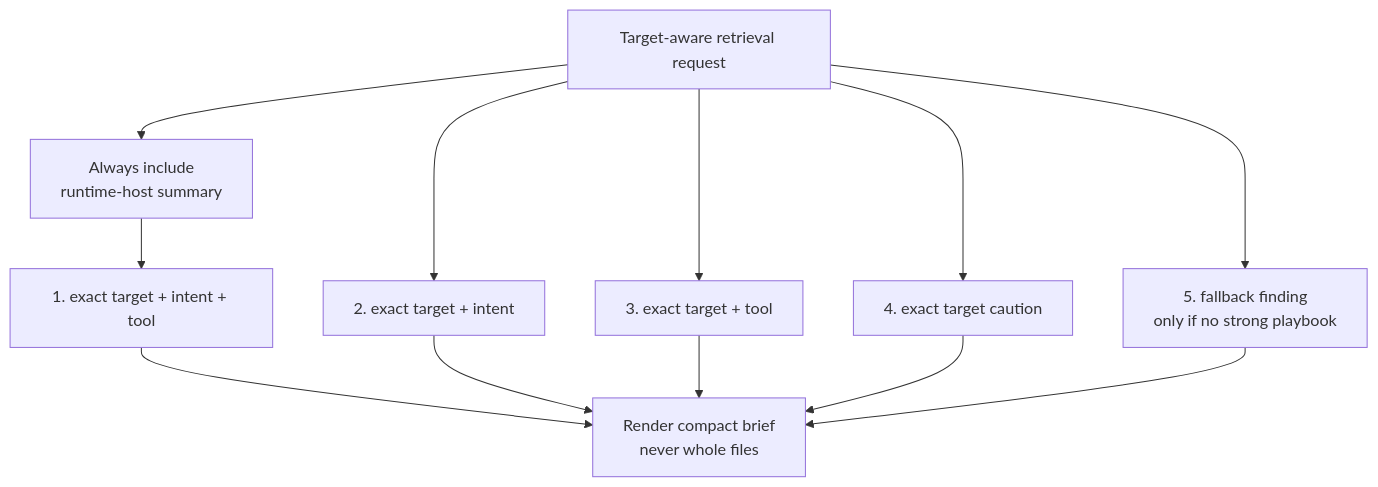
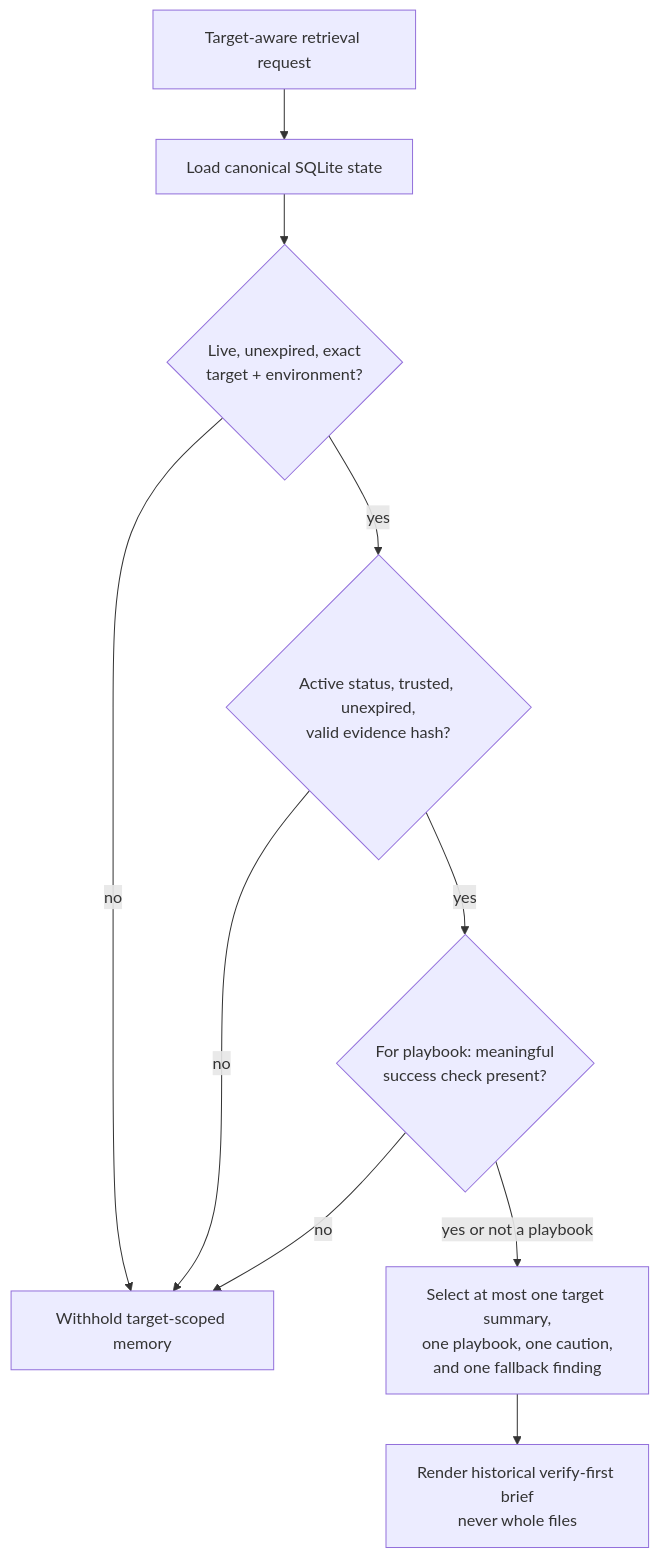
Before and after one commit to Glebenator/CvkeHarness: the sixth of 8 diagrams in docs/project-visual-guide.md, drawn with Mermaid. The commit also changed other lines of this file and 4 other files, not shown here.

Commit message:
Document canonical operational memory

````diff
--- a/docs/project-visual-guide.md
+++ b/docs/project-visual-guide.md
@@ -227,17 +225,19 @@
 ```mermaid
 flowchart TD
     request["Target-aware retrieval request"]
-    runtime["Always include\nruntime-host summary"]
-    exact1["1. exact target + intent + tool"]
-    exact2["2. exact target + intent"]
-    exact3["3. exact target + tool"]
-    caution["4. exact target caution"]
-    fallback["5. fallback finding\nonly if no strong playbook"]
-    render["Render compact brief\nnever whole files"]
+    sqlite["Load canonical SQLite state"]
+    target{"Live, unexpired, exact\ntarget + environment?"}
+    integrity{"Active status, trusted, unexpired,\nvalid evidence hash?"}
+    playbook{"For playbook: meaningful\nsuccess check present?"}
+    select["Select at most one target summary,\none playbook, one caution,\nand one fallback finding"]
+    render["Render historical verify-first brief\nnever whole files"]
+    withhold["Withhold target-scoped memory"]
 
-    request --> runtime --> exact1 --> render
-    request --> exact2 --> render
-    request --> exact3 --> render
-    request --> caution --> render
-    request --> fallback --> render
+    request --> sqlite --> target
+    target -- "no" --> withhold
+    target -- "yes" --> integrity
+    integrity -- "no" --> withhold
+    integrity -- "yes" --> playbook
+    playbook -- "no" --> withhold
+    playbook -- "yes or not a playbook" --> select --> render
 ```
````
